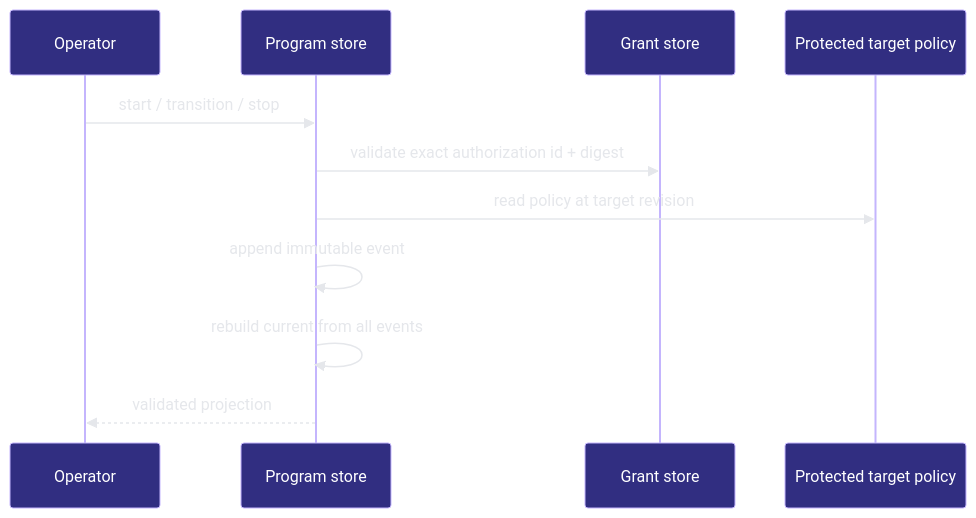
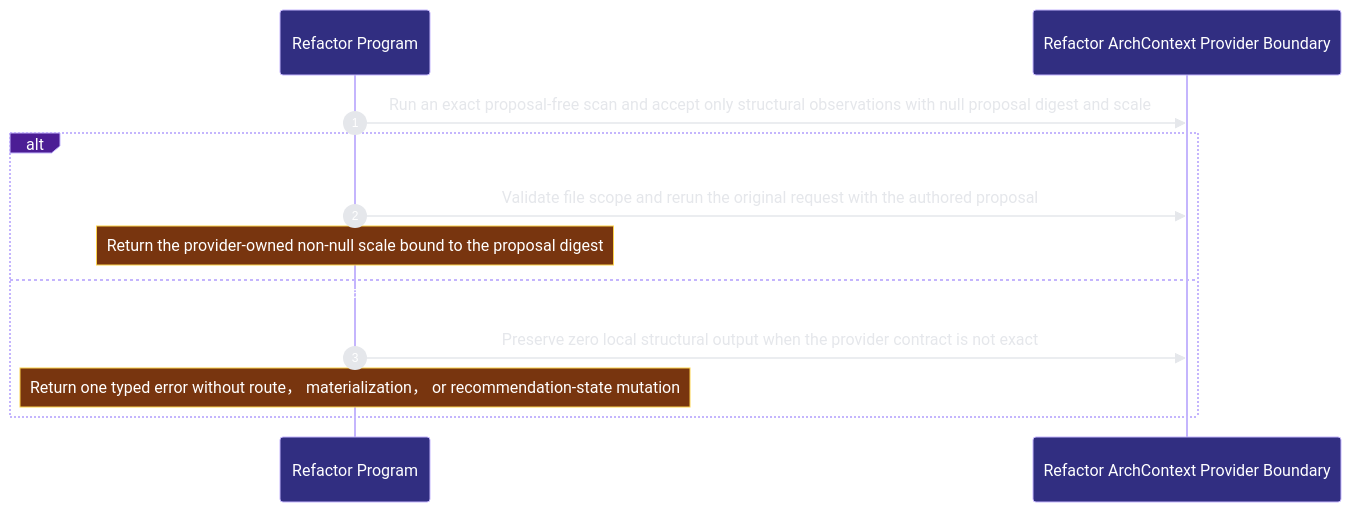
The second of 3 diagrams in docs/architecture/modules/runtime-harness/refactor-program.md (Ancienttwo/repo-harness), drawn with Mermaid before and after one commit. The commit also changed other lines of this file and 27 other files, not shown here.

Commit message:
feat(architecture): adopt refactor program on archctx 0.5.4

````diff
--- a/docs/architecture/modules/runtime-harness/refactor-program.md
+++ b/docs/architecture/modules/runtime-harness/refactor-program.md
@@ -91,14 +69,15 @@
 ```mermaid
 %%{init: {"theme":"base","themeVariables":{"background":"#0d1117","actorBkg":"#312e81","actorBorder":"#c4b5fd","actorTextColor":"#ffffff","signalColor":"#e5e7eb","signalTextColor":"#e5e7eb","labelBoxBkgColor":"#4c1d95","labelBoxBorderColor":"#c4b5fd","labelTextColor":"#ffffff","noteBkgColor":"#78350f","noteBorderColor":"#fcd34d","noteTextColor":"#ffffff","sequenceNumberColor":"#ffffff"}}}%%
 sequenceDiagram
-  participant O as Operator
-  participant S as Program store
-  participant G as Grant store
-  participant P as Protected target policy
-  O->>S: start / transition / stop
-  S->>G: validate exact authorization id + digest
-  S->>P: read policy at target revision
-  S->>S: append immutable event
-  S->>S: rebuild current from all events
-  S-->>O: validated projection
+  autonumber
+  participant p2_refactor_program_a8b792d5 as Refactor Program
+  participant p2_archctx_provider_3b536550 as Refactor ArchContext Provider Boundary
+  p2_refactor_program_a8b792d5->>p2_archctx_provider_3b536550: Run an exact proposal-free scan and accept only structural observations with null proposal digest and scale
+  alt An accountable proposal is assessed by the same provider boundary
+  p2_refactor_program_a8b792d5->>p2_archctx_provider_3b536550: Validate file scope and rerun the original request with the authored proposal
+    Note over p2_refactor_program_a8b792d5: Return the provider-owned non-null scale bound to the proposal digest
+  else Invalid author， scope， provider handshake， or scan transition fails closed
+  p2_refactor_program_a8b792d5->>p2_archctx_provider_3b536550: Preserve zero local structural output when the provider contract is not exact
+    Note over p2_refactor_program_a8b792d5: Return one typed error without route， materialization， or recommendation-state mutation
+  end
 ```
````
